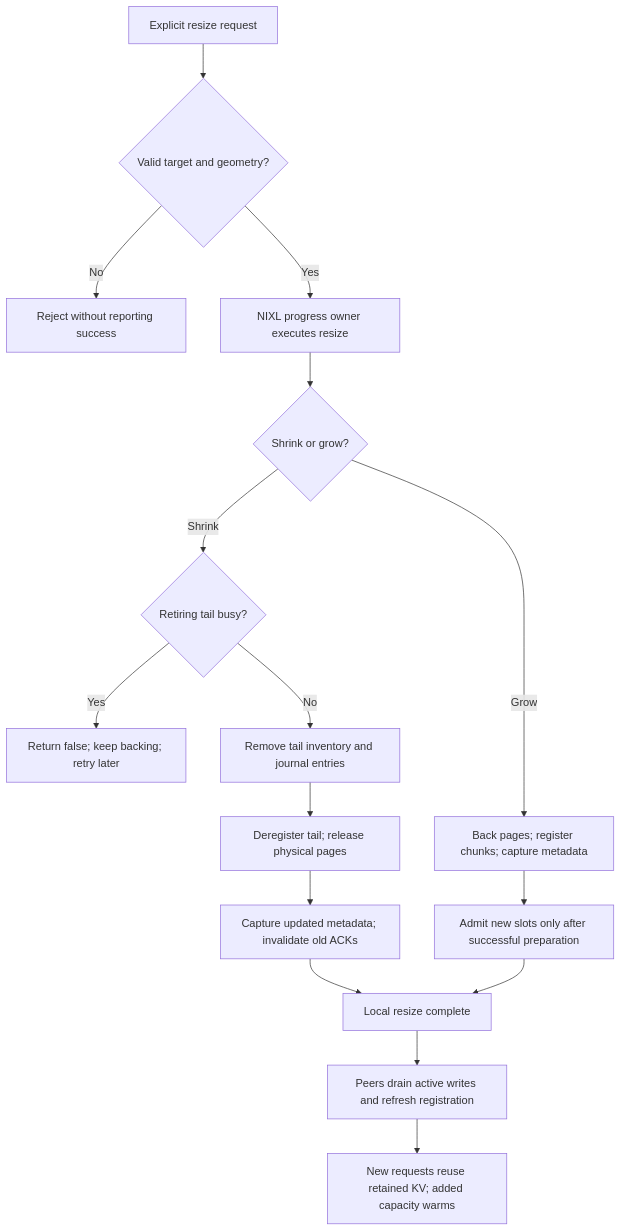
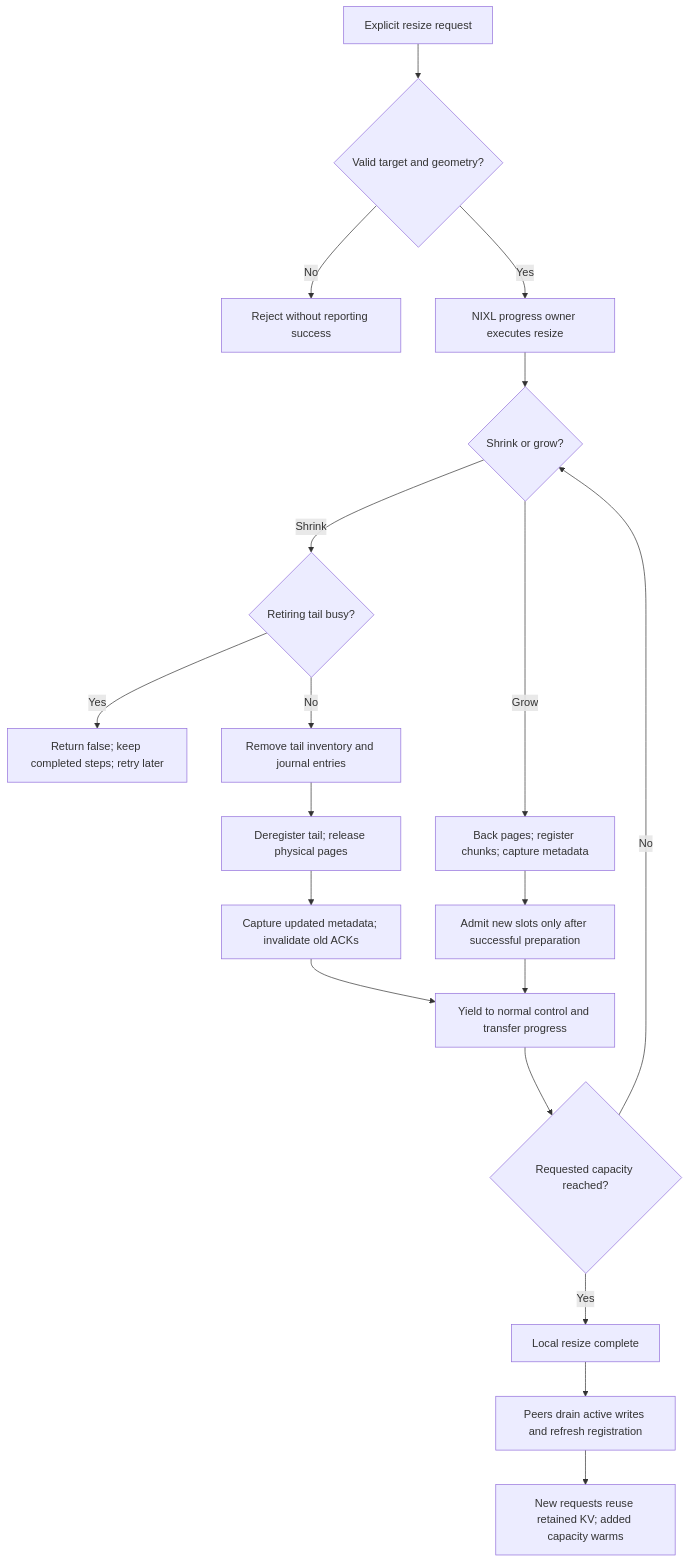
One commit to karya0/kvcr changed the diagram in docs/online-g2-resize.md. Above: the diagram before and after it, drawn with Mermaid. The commit also changed other lines of this file and 3 other files, not shown here.

````diff
--- a/docs/online-g2-resize.md
+++ b/docs/online-g2-resize.md
@@ -36,18 +44,21 @@
 ```mermaid
 flowchart TD
     A[Explicit resize request] --> B{Valid target and geometry?}
     B -->|No| X[Reject without reporting success]
     B -->|Yes| C[NIXL progress owner executes resize]
     C --> D{Shrink or grow?}
     D -->|Shrink| E{Retiring tail busy?}
-    E -->|Yes| R[Return false; keep backing; retry later]
+    E -->|Yes| R[Return false; keep completed steps; retry later]
     E -->|No| F[Remove tail inventory and journal entries]
     F --> G[Deregister tail; release physical pages]
     D -->|Grow| H[Back pages; register chunks; capture metadata]
     H --> I[Admit new slots only after successful preparation]
     G --> J[Capture updated metadata; invalidate old ACKs]
-    I --> K[Local resize complete]
-    J --> K
+    I --> P[Yield to normal control and transfer progress]
+    J --> P
+    P --> Q{Requested capacity reached?}
+    Q -->|No| D
+    Q -->|Yes| K[Local resize complete]
     K --> L[Peers drain active writes and refresh registration]
     L --> M[New requests reuse retained KV; added capacity warms]
 ```
````
